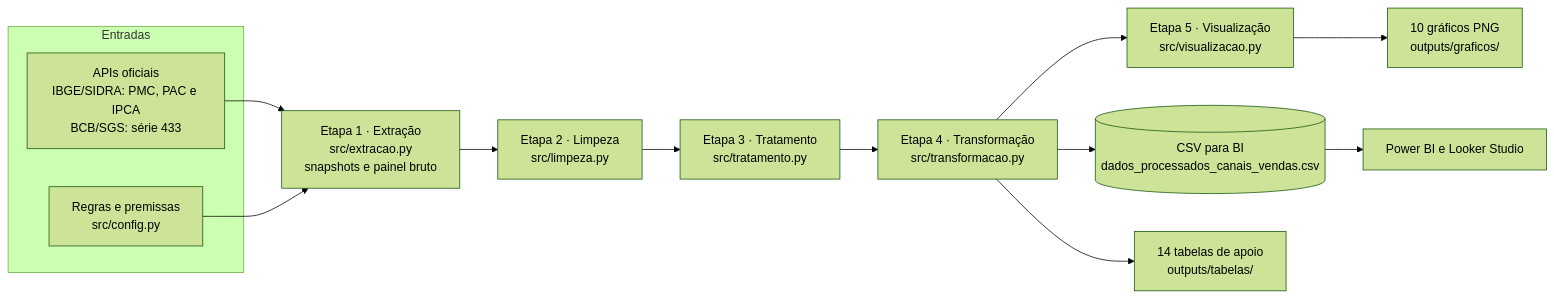
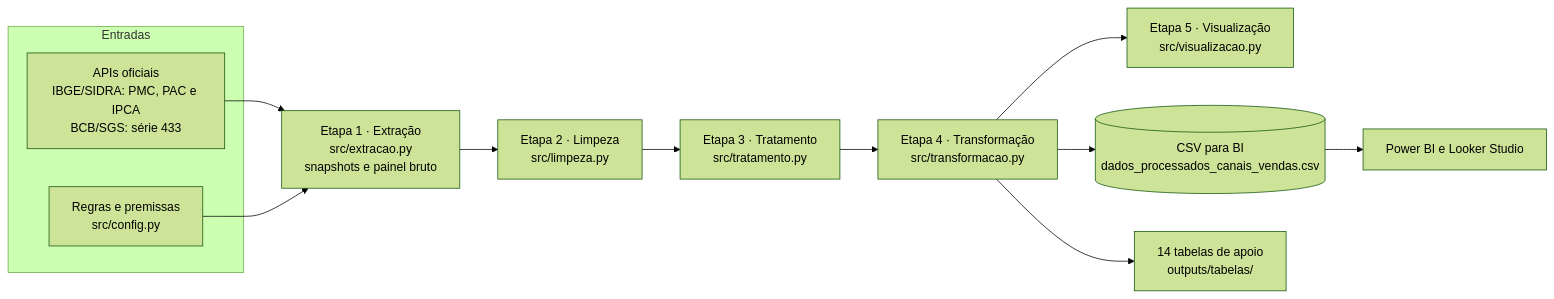
The diagram in README.md (KevynFirst/projeto-final-canais-de-venda), drawn with Mermaid (forest theme) before and after one commit. The commit also changed other lines of this file, not shown here.

Commit message:
README: remove a seção de gráficos e os números que revelavam a resposta

````diff
--- a/README.md
+++ b/README.md
@@ -98,22 +97,21 @@
 ```mermaid
 flowchart LR
     subgraph Entradas
         API["APIs oficiais<br/>IBGE/SIDRA: PMC, PAC e IPCA<br/>BCB/SGS: série 433"]
         REG["Regras e premissas<br/>src/config.py"]
     end
     EXT["Etapa 1 · Extração<br/>src/extracao.py<br/>snapshots e painel bruto"]
     LIM["Etapa 2 · Limpeza<br/>src/limpeza.py"]
     TRA["Etapa 3 · Tratamento<br/>src/tratamento.py"]
     TRF["Etapa 4 · Transformação<br/>src/transformacao.py"]
     VIS["Etapa 5 · Visualização<br/>src/visualizacao.py"]
     CSV[("CSV para BI<br/>dados_processados_canais_vendas.csv")]
     TAB["14 tabelas de apoio<br/>outputs/tabelas/"]
-    PNG["10 gráficos PNG<br/>outputs/graficos/"]
     BI["Power BI e Looker Studio"]
 
     API --> EXT
     REG --> EXT
-    EXT --> LIM --> TRA --> TRF --> VIS --> PNG
+    EXT --> LIM --> TRA --> TRF --> VIS
     TRF --> CSV --> BI
     TRF --> TAB
 ```
````
